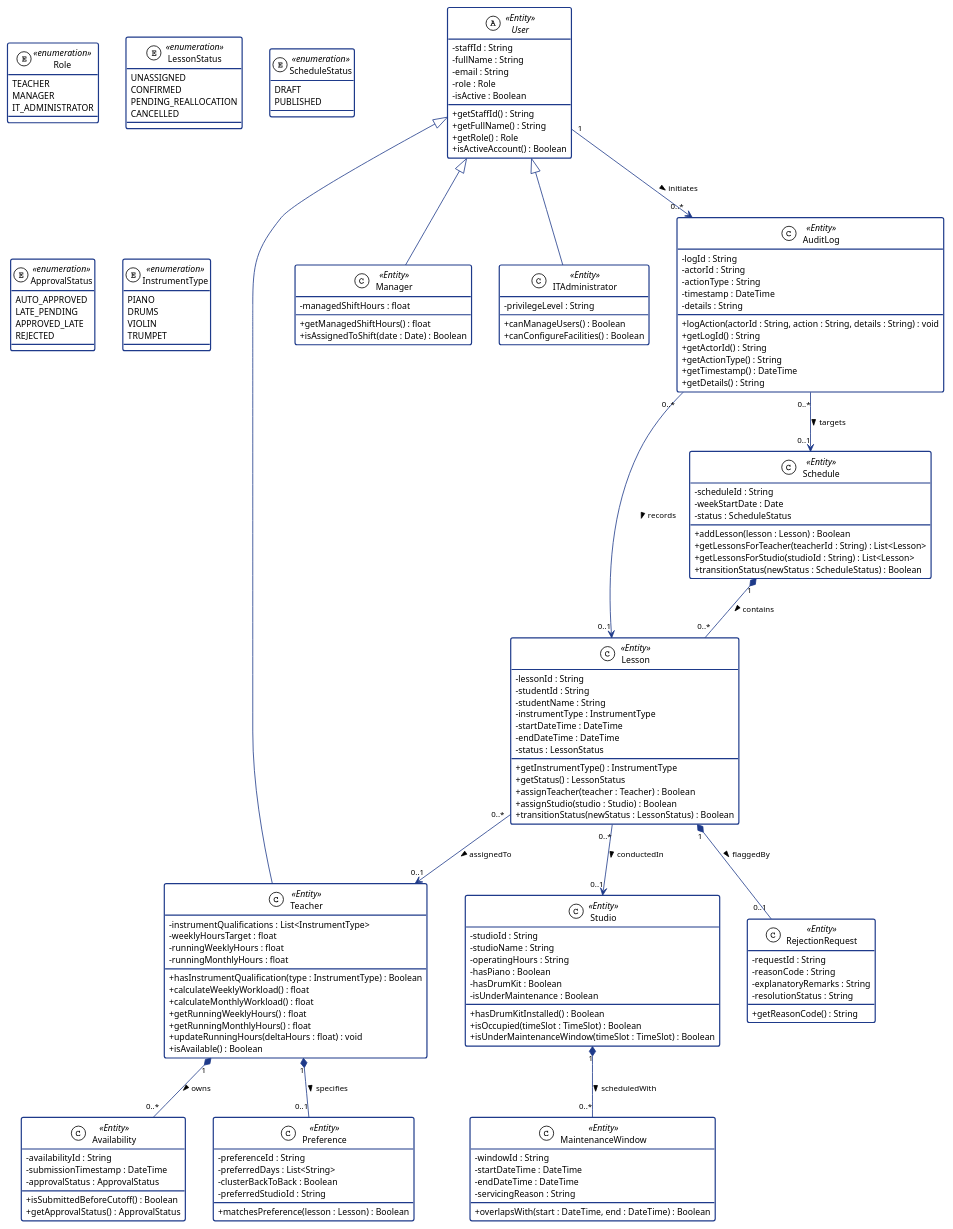
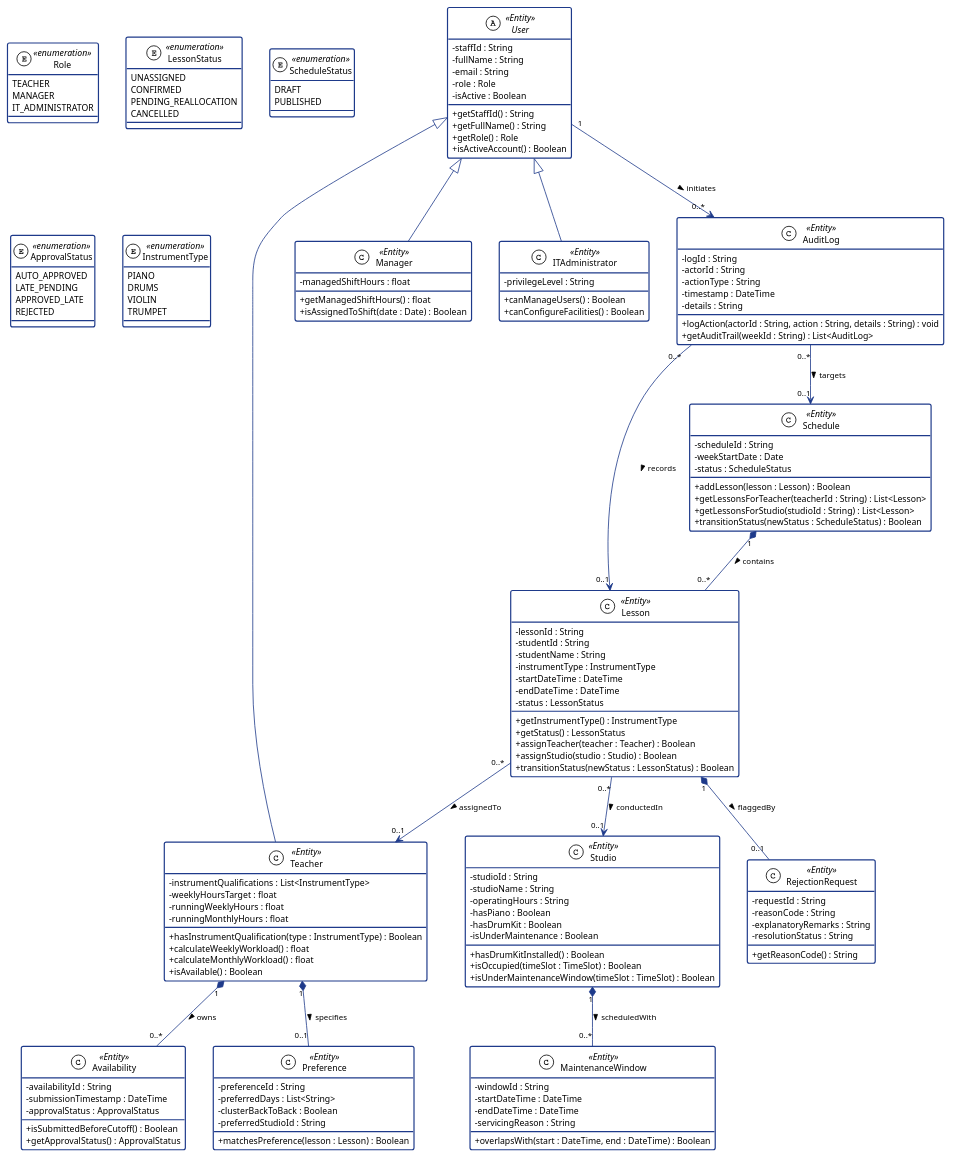
The diagram in report/assets/class_diagram_entities.puml (adoreblvnk/2001temp), drawn with PlantUML before and after one commit. The commit also changed 42 other files, not shown here.

First line of the commit message:
feat(report): update M1/M2 deliverables, wireframes, diagrams, and presentation deck

```diff
--- a/report/assets/class_diagram_entities.puml
+++ b/report/assets/class_diagram_entities.puml
@@ -1,195 +1,186 @@
 @startuml class_diagram_entities
 !theme plain
 skinparam classAttributeIconSize 0
 skinparam shadowing false
 skinparam defaultFontName "Helvetica", "Arial", sans-serif
 skinparam defaultFontSize 11
 skinparam class {
     BackgroundColor #FFFFFF
     BorderColor #1E3A8A
     BorderThickness 1.5
 }
 skinparam arrow {
     Color #1E3A8A
     FontSize 10
 }
 skinparam enum {
     BackgroundColor #F8FAFC
     BorderColor #475569
 }
 
 ' ========== ENUMERATIONS ==========
 enum Role <<enumeration>> {
     TEACHER
     MANAGER
     IT_ADMINISTRATOR
 }
 
 enum LessonStatus <<enumeration>> {
     UNASSIGNED
     CONFIRMED
     PENDING_REALLOCATION
     CANCELLED
 }
 
 enum ScheduleStatus <<enumeration>> {
     DRAFT
     PUBLISHED
 }
 
 enum ApprovalStatus <<enumeration>> {
     AUTO_APPROVED
     LATE_PENDING
     APPROVED_LATE
     REJECTED
 }
 
 enum InstrumentType <<enumeration>> {
     PIANO
     DRUMS
     VIOLIN
     TRUMPET
 }
 
 ' ========== ENTITY CLASSES ==========
 abstract class User <<Entity>> {
     - staffId : String
     - fullName : String
     - email : String
     - role : Role
     - isActive : Boolean
     + getStaffId() : String
     + getFullName() : String
     + getRole() : Role
     + isActiveAccount() : Boolean
 }
 
 class Teacher <<Entity>> {
     - instrumentQualifications : List<InstrumentType>
     - weeklyHoursTarget : float
     - runningWeeklyHours : float
     - runningMonthlyHours : float
     + hasInstrumentQualification(type : InstrumentType) : Boolean
     + calculateWeeklyWorkload() : float
     + calculateMonthlyWorkload() : float
-    + getRunningWeeklyHours() : float
-    + getRunningMonthlyHours() : float
-    + updateRunningHours(deltaHours : float) : void
     + isAvailable() : Boolean
 }
-
 class Manager <<Entity>> {
     - managedShiftHours : float
     + getManagedShiftHours() : float
     + isAssignedToShift(date : Date) : Boolean
 }
 
 class ITAdministrator <<Entity>> {
     - privilegeLevel : String
     + canManageUsers() : Boolean
     + canConfigureFacilities() : Boolean
 }
 
 class Lesson <<Entity>> {
     - lessonId : String
     - studentId : String
     - studentName : String
     - instrumentType : InstrumentType
     - startDateTime : DateTime
     - endDateTime : DateTime
     - status : LessonStatus
     + getInstrumentType() : InstrumentType
     + getStatus() : LessonStatus
     + assignTeacher(teacher : Teacher) : Boolean
     + assignStudio(studio : Studio) : Boolean
     + transitionStatus(newStatus : LessonStatus) : Boolean
 }
 
 class Studio <<Entity>> {
     - studioId : String
     - studioName : String
     - operatingHours : String
     - hasPiano : Boolean
     - hasDrumKit : Boolean
     - isUnderMaintenance : Boolean
     + hasDrumKitInstalled() : Boolean
     + isOccupied(timeSlot : TimeSlot) : Boolean
     + isUnderMaintenanceWindow(timeSlot : TimeSlot) : Boolean
 }
 
 class MaintenanceWindow <<Entity>> {
     - windowId : String
     - startDateTime : DateTime
     - endDateTime : DateTime
     - servicingReason : String
     + overlapsWith(start : DateTime, end : DateTime) : Boolean
 }
 
 class Schedule <<Entity>> {
     - scheduleId : String
     - weekStartDate : Date
     - status : ScheduleStatus
     + addLesson(lesson : Lesson) : Boolean
     + getLessonsForTeacher(teacherId : String) : List<Lesson>
     + getLessonsForStudio(studioId : String) : List<Lesson>
     + transitionStatus(newStatus : ScheduleStatus) : Boolean
 }
 
 class Availability <<Entity>> {
     - availabilityId : String
     - submissionTimestamp : DateTime
     - approvalStatus : ApprovalStatus
     + isSubmittedBeforeCutoff() : Boolean
     + getApprovalStatus() : ApprovalStatus
 }
 
 class Preference <<Entity>> {
     - preferenceId : String
     - preferredDays : List<String>
     - clusterBackToBack : Boolean
     - preferredStudioId : String
     + matchesPreference(lesson : Lesson) : Boolean
 }
 
 class RejectionRequest <<Entity>> {
     - requestId : String
     - reasonCode : String
     - explanatoryRemarks : String
     - resolutionStatus : String
     + getReasonCode() : String
 }
 
 class AuditLog <<Entity>> {
     - logId : String
     - actorId : String
     - actionType : String
     - timestamp : DateTime
     - details : String
     + logAction(actorId : String, action : String, details : String) : void
-    + getLogId() : String
-    + getActorId() : String
-    + getActionType() : String
-    + getTimestamp() : DateTime
-    + getDetails() : String
+    + getAuditTrail(weekId : String) : List<AuditLog>
 }
-
 ' ========== INHERITANCE ==========
 User <|-- Teacher
 User <|-- Manager
 User <|-- ITAdministrator
 
 ' ========== COMPOSITION ==========
 Schedule "1" *-- "0..*" Lesson : contains >
 Teacher "1" *-- "0..*" Availability : owns >
 Teacher "1" *-- "0..1" Preference : specifies >
 Studio "1" *-- "0..*" MaintenanceWindow : scheduledWith >
 Lesson "1" *-- "0..1" RejectionRequest : flaggedBy >
 
 ' ========== ASSOCIATION ==========
 Lesson "0..*" --> "0..1" Teacher : assignedTo >
 Lesson "0..*" --> "0..1" Studio : conductedIn >
 User "1" --> "0..*" AuditLog : initiates >
 AuditLog "0..*" --> "0..1" Schedule : targets >
 AuditLog "0..*" --> "0..1" Lesson : records >
 
 @enduml
```
